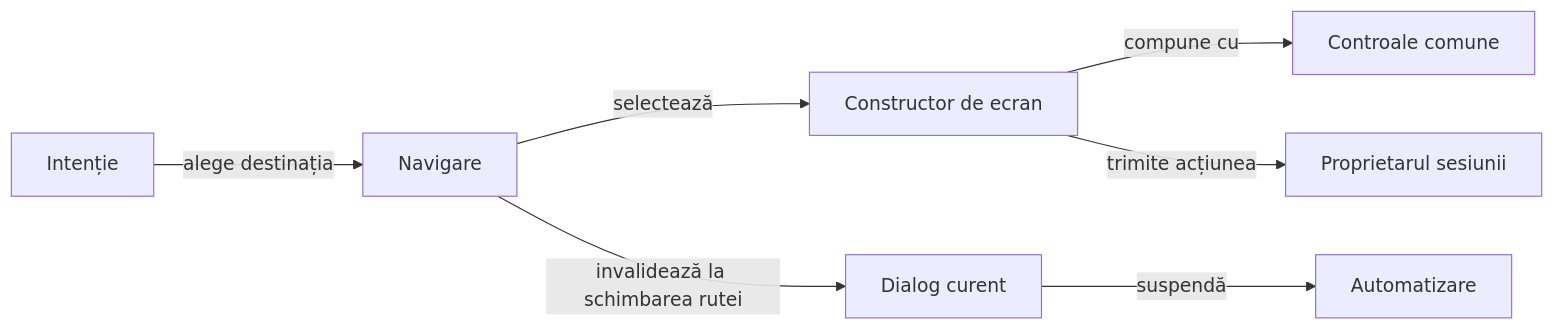
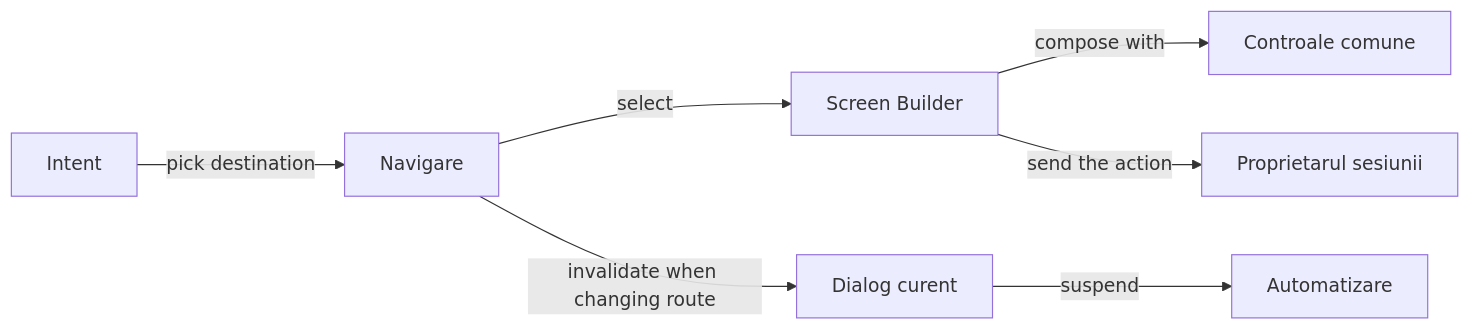
The second of 4 diagrams in whist-lab-app/app/src/main/java/ro/whistlab/app/README.md (crististefanita/atf_j4), drawn with Mermaid before and after one commit. The commit also changed other lines of this file and 122 other files, not shown here.

````diff
--- a/whist-lab-app/app/src/main/java/ro/whistlab/app/README.md
+++ b/whist-lab-app/app/src/main/java/ro/whistlab/app/README.md
@@ -124,9 +124,9 @@
 ```mermaid
 flowchart LR
-    INTENT[Intenție] -->|alege destinația| NAV[Navigare]
-    NAV -->|selectează| SCREEN[Constructor de ecran]
-    SCREEN -->|compune cu| VIEWS[Controale comune]
-    SCREEN -->|trimite acțiunea| OWNER[Proprietarul sesiunii]
-    DIALOG[Dialog curent] -->|suspendă| AI[Automatizare]
-    NAV -->|invalidează la schimbarea rutei| DIALOG
+    INTENT[Intent] -->|pick destination| NAV[Navigare]
+    NAV -->|select| SCREEN[Screen Builder]
+    SCREEN -->|compose with| VIEWS[Controale comune]
+    SCREEN -->|send the action| OWNER[Proprietarul sesiunii]
+    DIALOG[Dialog curent] -->|suspend| AI[Automatizare]
+    NAV -->|invalidate when changing route| DIALOG
 ```
````
